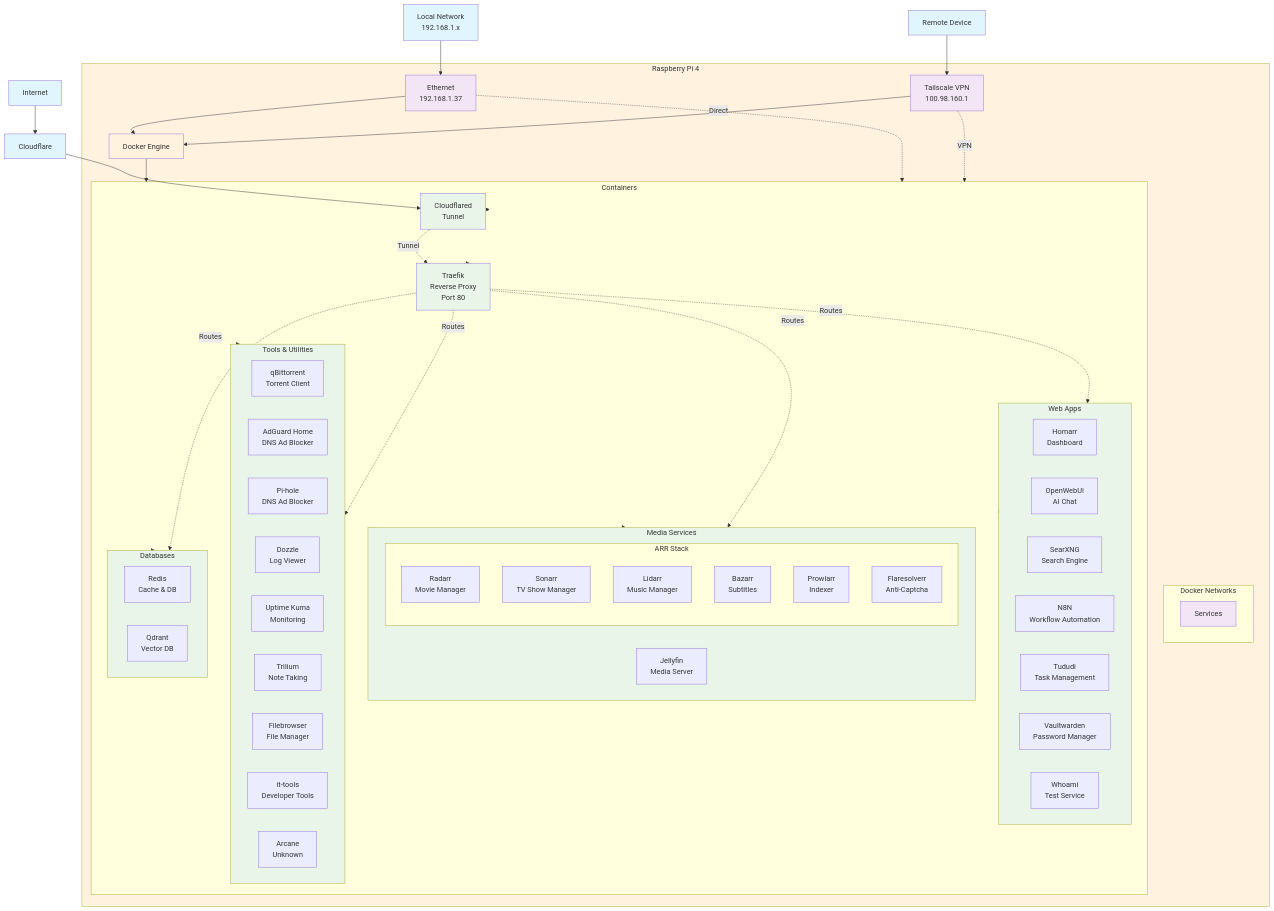
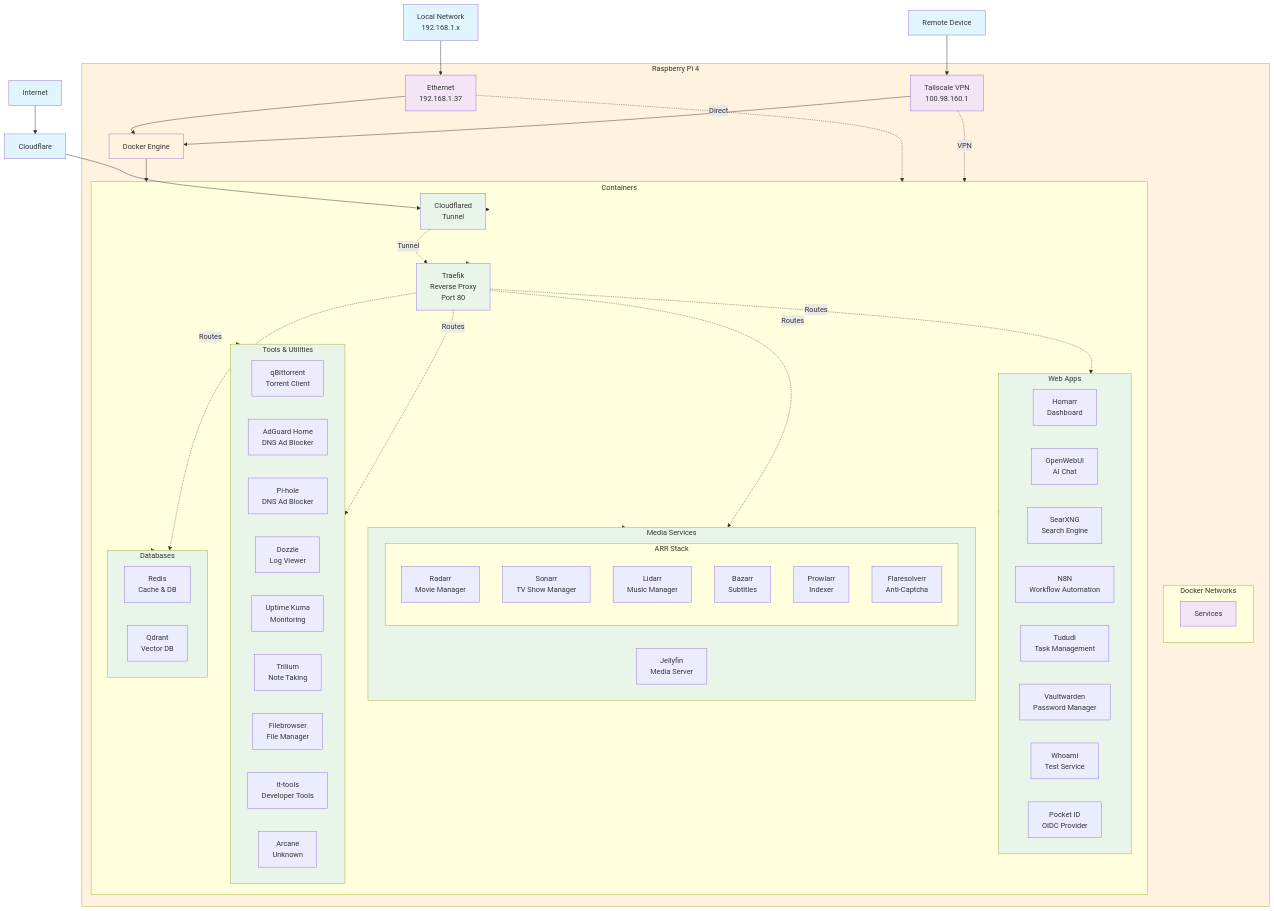
Before and after one commit to EndoTheDev/PersonalSelfhostedDockerStack: the diagram in ARCHITECTURE.md, drawn with Mermaid. The commit also changed other lines of this file and 2 other files, not shown here.

Commit message:
feat(services): add pocket-id service
Add Pocket ID as an OIDC provider for passkey-based authentication.
Update architecture documentation and docker-compose configuration.

```diff
--- a/ARCHITECTURE.md
+++ b/ARCHITECTURE.md
@@ -32,6 +32,7 @@
                 Tududi[Tududi<br/>Task Management]
                 Vaultwarden[Vaultwarden<br/>Password Manager]
                 Whoami[Whoami<br/>Test Service]
+                PocketID[Pocket ID<br/>OIDC Provider]
             end
 
             subgraph Media["Media Services"]
```
